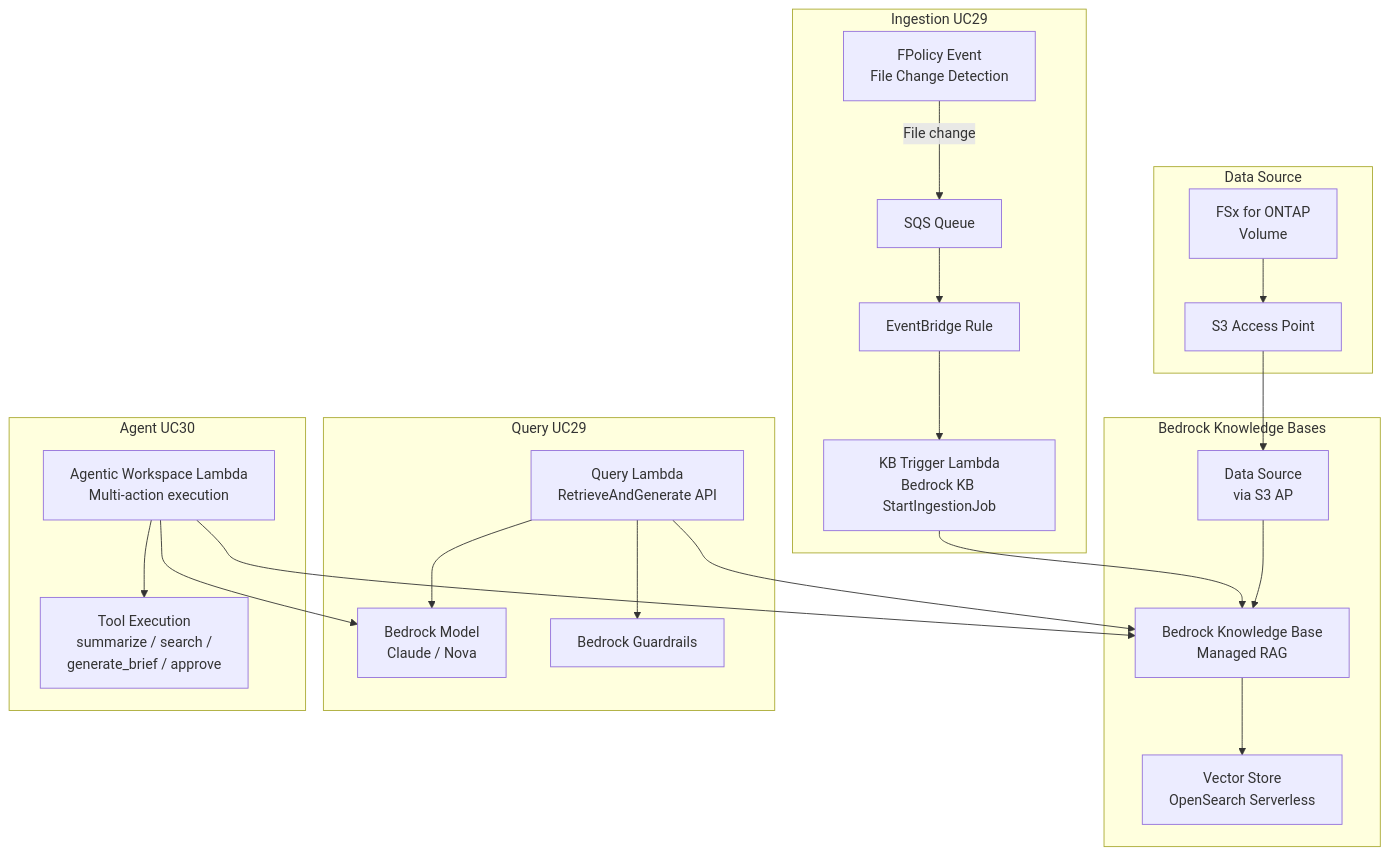
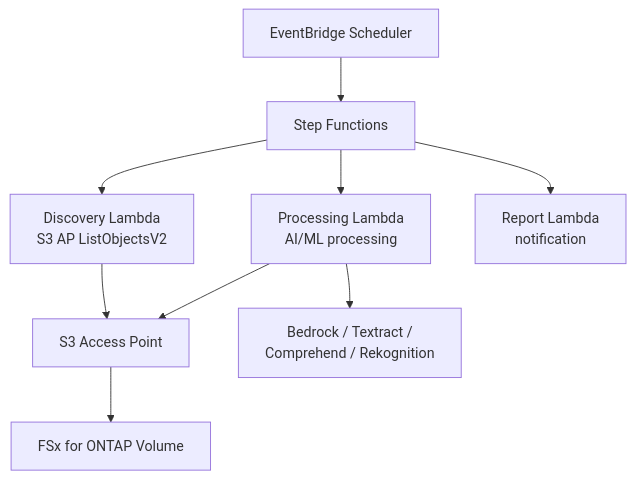
The diagram in README.en.md (Yoshiki0705/FSx-for-ONTAP-S3AccessPoints-Serverless-Patterns), drawn with Mermaid before and after one commit. The commit also changed other lines of this file and 1 other file, not shown here.

````diff
--- a/README.en.md
+++ b/README.en.md
@@ -454,46 +119,11 @@
 ```mermaid
-%% accTitle: GenAI Pattern Architecture (UC29-UC30)
-%% accDescr: FPolicy event-driven ingestion, Bedrock Knowledge Bases, RetrieveAndGenerate, and agentic multi-action workspace
 graph TB
-    subgraph "Data Source"
-        FSXN[FSx for ONTAP<br/>Volume]
-        S3AP[S3 Access Point]
-    end
-
-    subgraph "Ingestion UC29"
-        FPOLICY[FPolicy Event<br/>File Change Detection]
-        SQS[SQS Queue]
-        EB[EventBridge Rule]
-        KB_TRIGGER[KB Trigger Lambda<br/>Bedrock KB StartIngestionJob]
-    end
-
-    subgraph "Bedrock Knowledge Bases"
-        KB[Bedrock Knowledge Base<br/>Managed RAG]
-        DS[Data Source<br/>via S3 AP]
-        VS[Vector Store<br/>OpenSearch Serverless]
-    end
-
-    subgraph "Query UC29"
-        QUERY[Query Lambda<br/>RetrieveAndGenerate API]
-        MODEL[Bedrock Model<br/>Claude / Nova]
-        GUARD[Bedrock Guardrails]
-    end
-
-    subgraph "Agent UC30"
-        AGENT[Agentic Workspace Lambda<br/>Multi-action execution]
-        TOOLS[Tool Execution<br/>summarize / search /<br/>generate_brief / approve]
-    end
-
-    FSXN --> S3AP
-    FPOLICY -->|File change| SQS --> EB --> KB_TRIGGER
-    KB_TRIGGER --> KB
-    S3AP --> DS --> KB
-    KB --> VS
-
-    QUERY --> KB
-    QUERY --> MODEL
-    QUERY --> GUARD
-    AGENT --> TOOLS
-    AGENT --> MODEL
-    AGENT --> KB
+    EBS[EventBridge Scheduler] --> SFN[Step Functions]
+    SFN --> DL[Discovery Lambda<br/>S3 AP ListObjectsV2]
+    SFN --> PL[Processing Lambda<br/>AI/ML processing]
+    SFN --> RL[Report Lambda<br/>notification]
+    DL --> S3AP[S3 Access Point]
+    PL --> S3AP
+    S3AP --> FSXN[FSx for ONTAP Volume]
+    PL --> AI[Bedrock / Textract /<br/>Comprehend / Rekognition]
 ```
````
